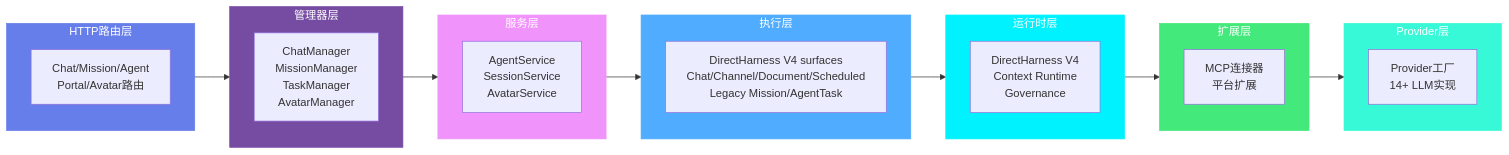
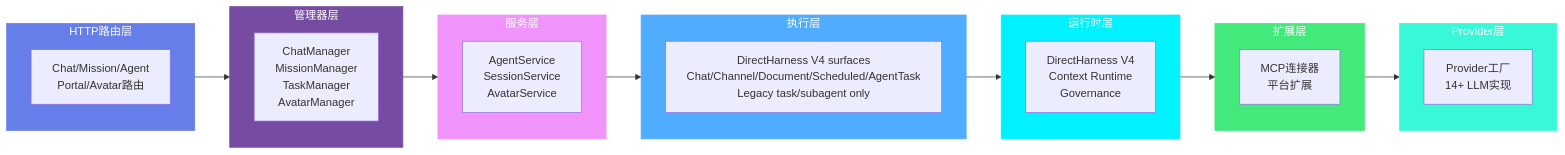
The second of 8 diagrams in docs/ARCHITECTURE.md (jsjm1986/AGIME), drawn with Mermaid before and after one commit. The commit also changed other lines of this file and 12 other files, not shown here.

Commit message:
Migrate AgentTask execution to Harness V4

````diff
--- a/docs/ARCHITECTURE.md
+++ b/docs/ARCHITECTURE.md
@@ -28,40 +28,40 @@
 ```mermaid
 graph LR
     subgraph Layer1["HTTP路由层"]
         Routes["Chat/Mission/Agent<br/>Portal/Avatar路由"]
     end
 
     subgraph Layer2["管理器层"]
         Managers["ChatManager<br/>MissionManager<br/>TaskManager<br/>AvatarManager"]
     end
 
     subgraph Layer3["服务层"]
         Services["AgentService<br/>SessionService<br/>AvatarService"]
     end
 
     subgraph Layer4["执行层"]
-        Executors["DirectHarness V4 surfaces<br/>Chat/Channel/Document/Scheduled<br/>Legacy Mission/AgentTask"]
+        Executors["DirectHarness V4 surfaces<br/>Chat/Channel/Document/Scheduled/AgentTask<br/>Legacy task/subagent only"]
     end
 
     subgraph Layer5["运行时层"]
         Runtime["DirectHarness V4<br/>Context Runtime<br/>Governance"]
     end
 
     subgraph Layer6["扩展层"]
         Extensions["MCP连接器<br/>平台扩展"]
     end
 
     subgraph Layer7["Provider层"]
         Providers["Provider工厂<br/>14+ LLM实现"]
     end
 
     Layer1 --> Layer2 --> Layer3 --> Layer4 --> Layer5 --> Layer6 --> Layer7
 
     style Layer1 fill:#667eea,stroke:#667eea,color:#ffffff
     style Layer2 fill:#764ba2,stroke:#764ba2,color:#ffffff
     style Layer3 fill:#f093fb,stroke:#f093fb,color:#ffffff
     style Layer4 fill:#4facfe,stroke:#4facfe,color:#ffffff
     style Layer5 fill:#00f2fe,stroke:#00f2fe,color:#ffffff
     style Layer6 fill:#43e97b,stroke:#43e97b,color:#ffffff
     style Layer7 fill:#38f9d7,stroke:#38f9d7,color:#ffffff
 ```
````
